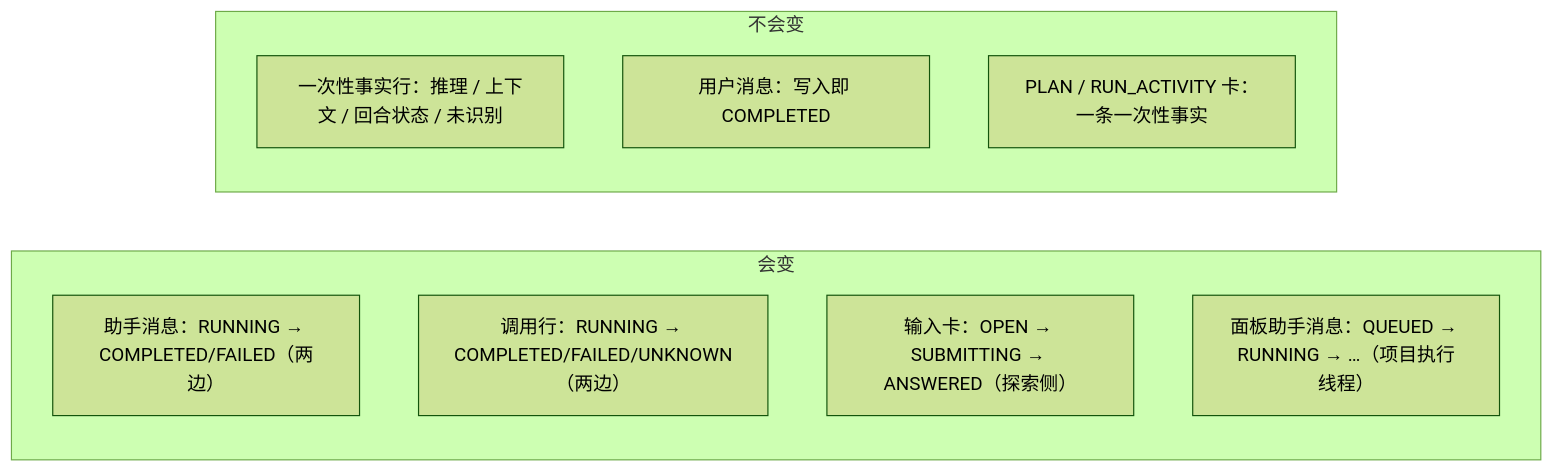
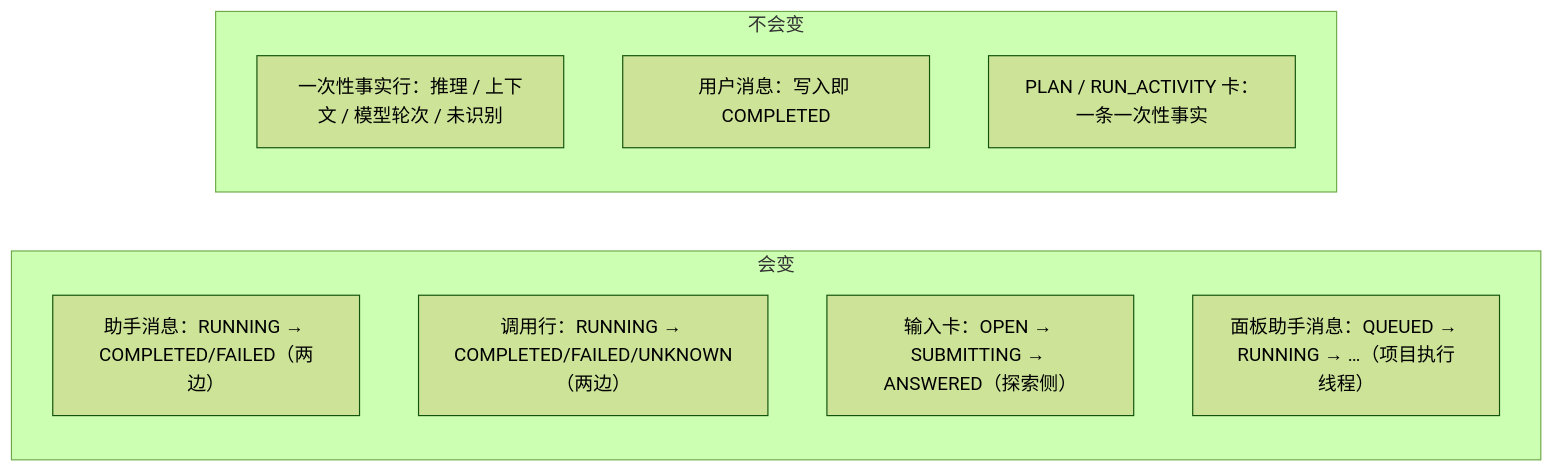
The tenth of 10 diagrams in docs/消息类型及事件状态机流程图.md (DigitalMarsh/pipeline-factory), drawn with Mermaid (forest theme) before and after one commit. The commit also changed other lines of this file and 10 other files, not shown here.

````diff
--- a/docs/消息类型及事件状态机流程图.md
+++ b/docs/消息类型及事件状态机流程图.md
@@ -696,14 +708,14 @@
 ```mermaid
 flowchart LR
   subgraph 会变
     M1["助手消息：RUNNING → COMPLETED/FAILED（两边）"]
     M2["调用行：RUNNING → COMPLETED/FAILED/UNKNOWN（两边）"]
     M3["输入卡：OPEN → SUBMITTING → ANSWERED（探索侧）"]
     M4["面板助手消息：QUEUED → RUNNING → …（项目执行线程）"]
   end
   subgraph 不会变
-    F1["一次性事实行：推理 / 上下文 / 回合状态 / 未识别"]
+    F1["一次性事实行：推理 / 上下文 / 模型轮次 / 未识别"]
     F2["用户消息：写入即 COMPLETED"]
     F3["PLAN / RUN_ACTIVITY 卡：一条一次性事实"]
   end
 ```
````
